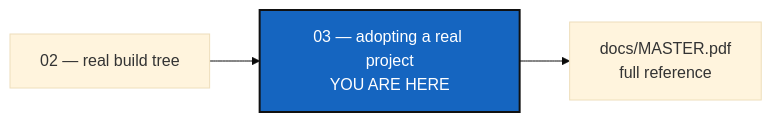
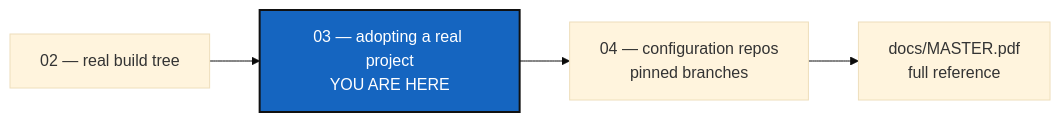
One commit to flipoyo/ComplexGitSync changed the diagram in tutorials/03_adopting_a_real_project.md. Above: the diagram before and after it, drawn with Mermaid (base theme). The commit also changed other lines of this file and 41 other files, not shown here.

First line of the commit message:
Multi-branch sync: git_branch.py, configuration repos, tutorial 4

````diff
--- a/tutorials/03_adopting_a_real_project.md
+++ b/tutorials/03_adopting_a_real_project.md
@@ -34,8 +34,9 @@
 ```mermaid
 graph LR
     T2["02 — real build tree"] --> T3["03 — adopting a real project<br/>YOU ARE HERE"]
-    T3 --> REF["docs/MASTER.pdf<br/>full reference"]
+    T3 --> T4["04 — configuration repos<br/>pinned branches"]
+    T4 --> REF["docs/MASTER.pdf<br/>full reference"]
 
     classDef here fill:#1565C0,color:#fff,stroke:#111,stroke-width:2px;
     class T3 here;
 ```
````
